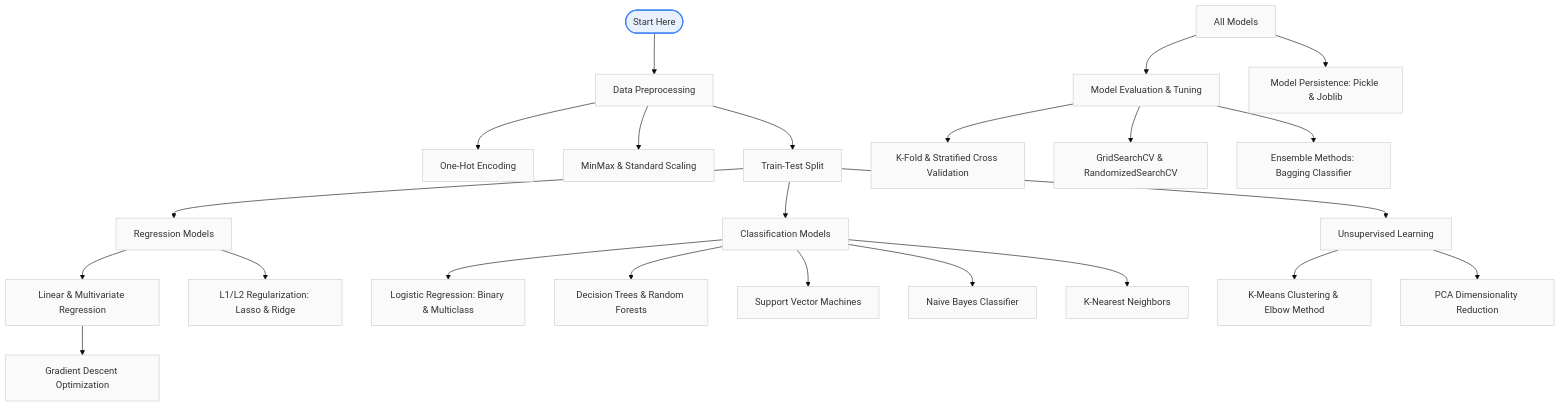
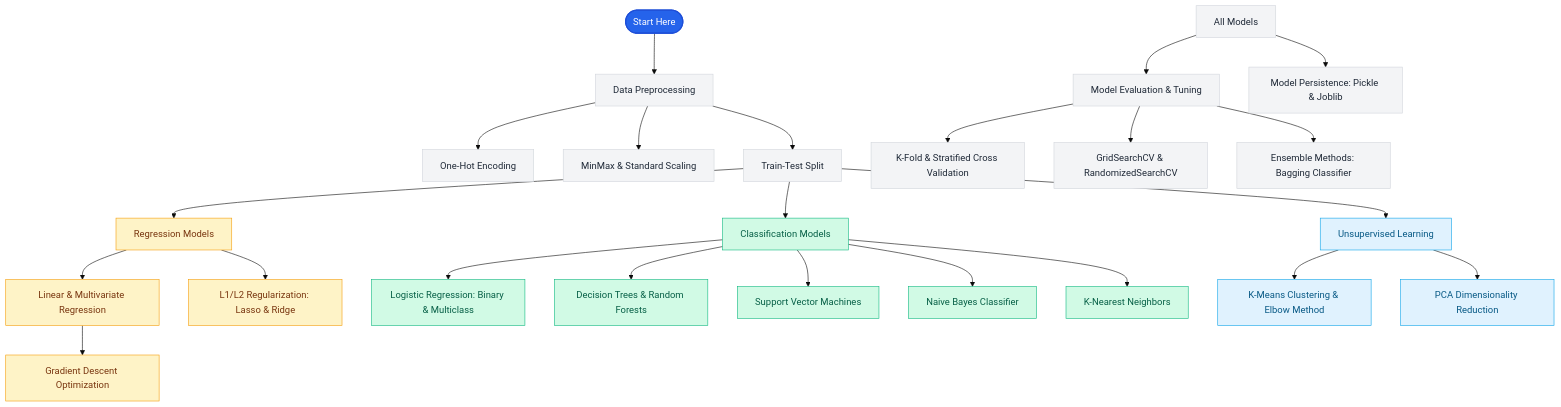
The diagram in README.md (amansharma2005/Master-Machine-Learning-Algorithms-Practical-Implementations), drawn with Mermaid (base theme) before and after one commit.

Commit message:
Fix: Enhance Mermaid diagram readability in dark and light modes

````diff
--- a/README.md
+++ b/README.md
@@ -41,36 +41,43 @@
 ```mermaid
 graph TD
     Start([Start Here]) --> DataPrep[Data Preprocessing]
     DataPrep --> OHE[One-Hot Encoding]
     DataPrep --> Scaling[MinMax & Standard Scaling]
     DataPrep --> Split[Train-Test Split]
     
     Split --> Reg[Regression Models]
     Split --> Class[Classification Models]
     Split --> Unsupervised[Unsupervised Learning]
     
     Reg --> LinReg[Linear & Multivariate Regression]
     Reg --> Regulate[L1/L2 Regularization: Lasso & Ridge]
     
     Class --> LogReg[Logistic Regression: Binary & Multiclass]
     Class --> Tree[Decision Trees & Random Forests]
     Class --> SVM[Support Vector Machines]
     Class --> NB[Naive Bayes Classifier]
     Class --> KNN[K-Nearest Neighbors]
     
     Unsupervised --> KMeans[K-Means Clustering & Elbow Method]
     Unsupervised --> PCA[PCA Dimensionality Reduction]
     
     LinReg --> GradDesc[Gradient Descent Optimization]
     
     AllModels[All Models] --> Eval[Model Evaluation & Tuning]
     Eval --> CrossVal[K-Fold & Stratified Cross Validation]
     Eval --> Tuning[GridSearchCV & RandomizedSearchCV]
     Eval --> Ensemble[Ensemble Methods: Bagging Classifier]
     
     AllModels --> Save[Model Persistence: Pickle & Joblib]
     
-    classDef default fill:#fafafa,stroke:#ccc,stroke-width:1px;
-    classDef header fill:#e8f0fe,stroke:#4285f4,stroke-width:2px;
+    classDef default fill:#f3f4f6,stroke:#d1d5db,stroke-width:1px,color:#1f2937;
+    classDef header fill:#2563eb,stroke:#1d4ed8,stroke-width:2px,color:#ffffff;
+    classDef regression fill:#fef3c7,stroke:#f59e0b,stroke-width:1px,color:#78350f;
+    classDef classification fill:#d1fae5,stroke:#10b981,stroke-width:1px,color:#065f46;
+    classDef unsupervised fill:#e0f2fe,stroke:#0ea5e9,stroke-width:1px,color:#075985;
+    
     class Start header;
+    class Reg,LinReg,Regulate,GradDesc regression;
+    class Class,LogReg,Tree,SVM,NB,KNN classification;
+    class Unsupervised,KMeans,PCA unsupervised;
 ```
````
